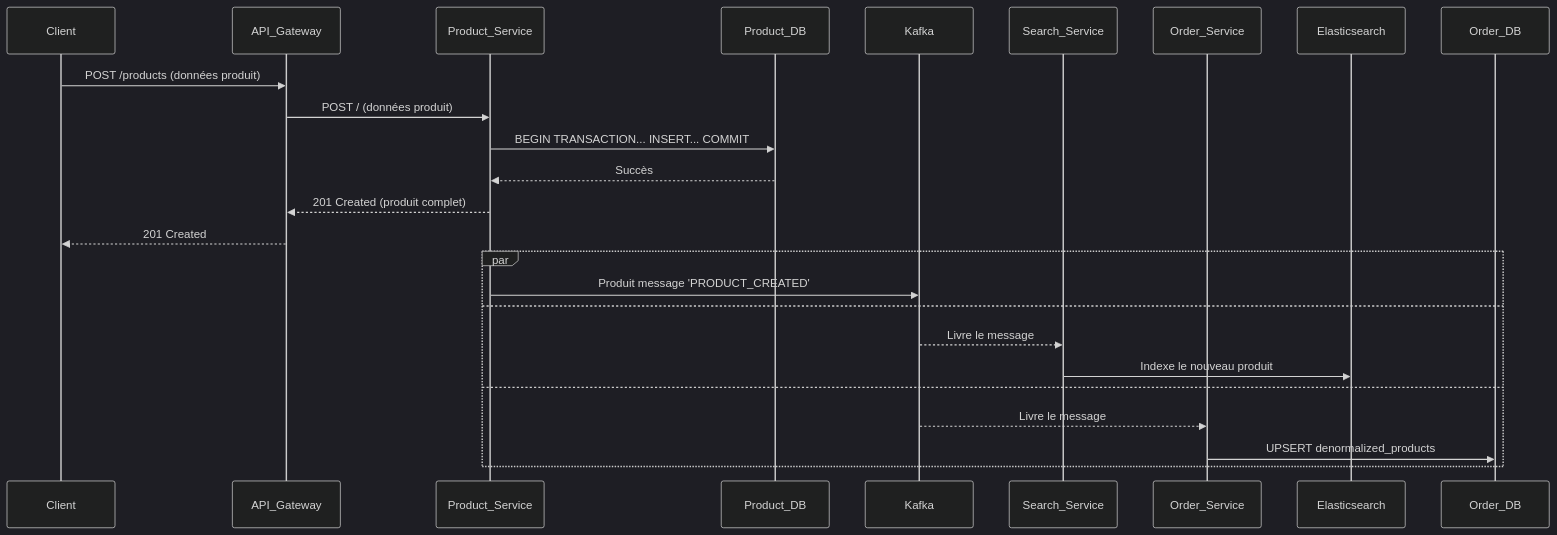
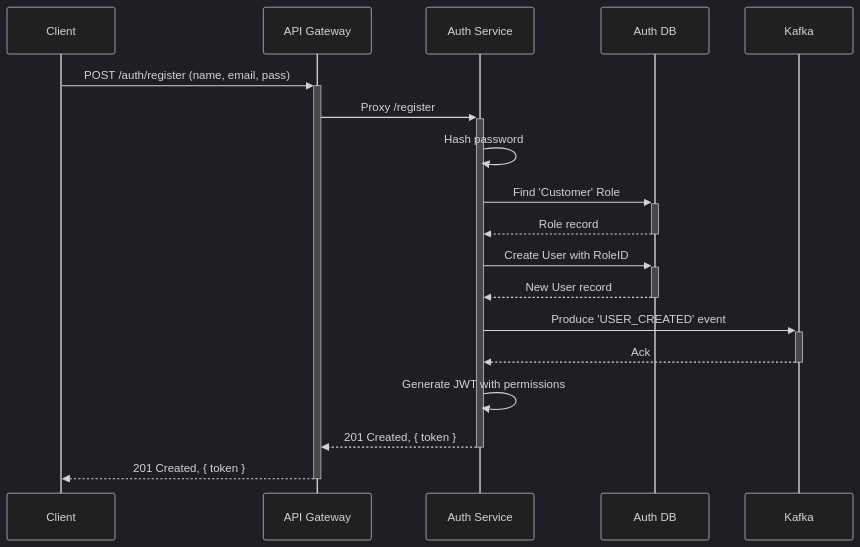
One commit to HarcheSamir/esisba-lirmm-ecommerce changed the fifth of 10 diagrams in MVP.md. Above: the diagram before and after it, drawn with Mermaid (dark theme). The commit also changed other lines of this file, not shown here.

````diff
--- a/MVP.md
+++ b/MVP.md
@@ -421,29 +439,21 @@
 ```mermaid
 sequenceDiagram
     participant Client
-    participant API_Gateway
-    participant Product_Service
-    participant Product_DB
+    participant APIGW as API Gateway
+    participant AuthSvc as Auth Service
+    participant AuthDB as Auth DB
     participant Kafka
-    participant Search_Service
-    participant Order_Service
-    participant Elasticsearch
-    participant Order_DB
 
-    Client->>API_Gateway: POST /products (données produit)
-    API_Gateway->>Product_Service: POST / (données produit)
-    Product_Service->>Product_DB: BEGIN TRANSACTION... INSERT... COMMIT
-    Product_DB-->>Product_Service: Succès
-    Product_Service-->>API_Gateway: 201 Created (produit complet)
-    API_Gateway-->>Client: 201 Created
-
-    par
-        Product_Service->>Kafka: Produit message 'PRODUCT_CREATED'
-    and
-        Kafka-->>Search_Service: Livre le message
-        Search_Service->>Elasticsearch: Indexe le nouveau produit
-    and
-        Kafka-->>Order_Service: Livre le message
-        Order_Service->>Order_DB: UPSERT denormalized_products
-    end
+    Client->>+APIGW: POST /auth/register (name, email, pass)
+    APIGW->>+AuthSvc: Proxy /register
+    AuthSvc->>AuthSvc: Hash password
+    AuthSvc->>+AuthDB: Find 'Customer' Role
+    AuthDB-->>-AuthSvc: Role record
+    AuthSvc->>+AuthDB: Create User with RoleID
+    AuthDB-->>-AuthSvc: New User record
+    AuthSvc->>+Kafka: Produce 'USER_CREATED' event
+    Kafka-->>-AuthSvc: Ack
+    AuthSvc->>AuthSvc: Generate JWT with permissions
+    AuthSvc-->>-APIGW: 201 Created, { token }
+    APIGW-->>-Client: 201 Created, { token }
 ```
````
